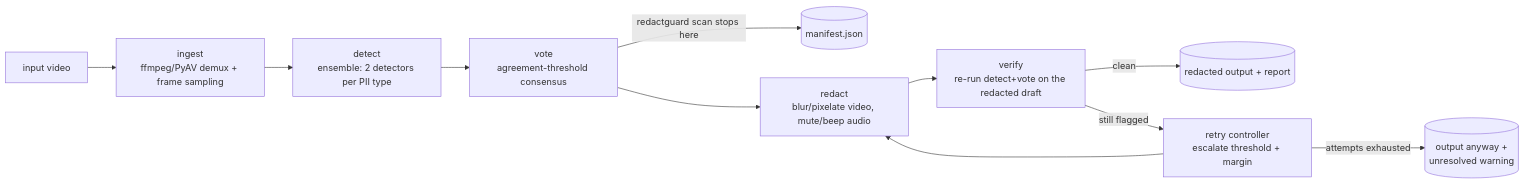
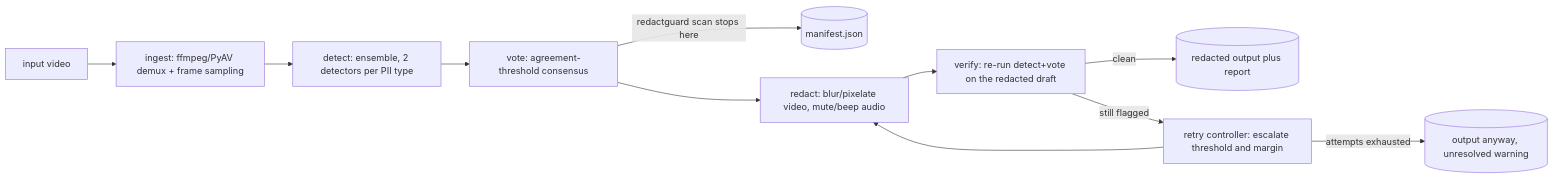
The first of 3 diagrams in README.md (riteshambastha/redactguard), drawn with Mermaid before and after one commit. The commit also changed other lines of this file, not shown here.

````diff
--- a/README.md
+++ b/README.md
@@ -39,13 +39,13 @@
 ```mermaid
 flowchart LR
-    A[input video] --> B[ingest\nffmpeg/PyAV demux + frame sampling]
-    B --> C[detect\nensemble: 2 detectors per PII type]
-    C --> D[vote\nagreement-threshold consensus]
+    A[input video] --> B["ingest: ffmpeg/PyAV demux + frame sampling"]
+    B --> C["detect: ensemble, 2 detectors per PII type"]
+    C --> D["vote: agreement-threshold consensus"]
     D -->|redactguard scan stops here| E[(manifest.json)]
-    D --> F[redact\nblur/pixelate video, mute/beep audio]
-    F --> G[verify\nre-run detect+vote on the redacted draft]
-    G -->|clean| H[(redacted output + report)]
-    G -->|still flagged| I[retry controller\nescalate threshold + margin]
+    D --> F["redact: blur/pixelate video, mute/beep audio"]
+    F --> G["verify: re-run detect+vote on the redacted draft"]
+    G -->|clean| H[(redacted output plus report)]
+    G -->|still flagged| I["retry controller: escalate threshold and margin"]
     I --> F
-    I -->|attempts exhausted| J[(output anyway +\nunresolved warning)]
+    I -->|attempts exhausted| J[(output anyway, unresolved warning)]
 ```
````
